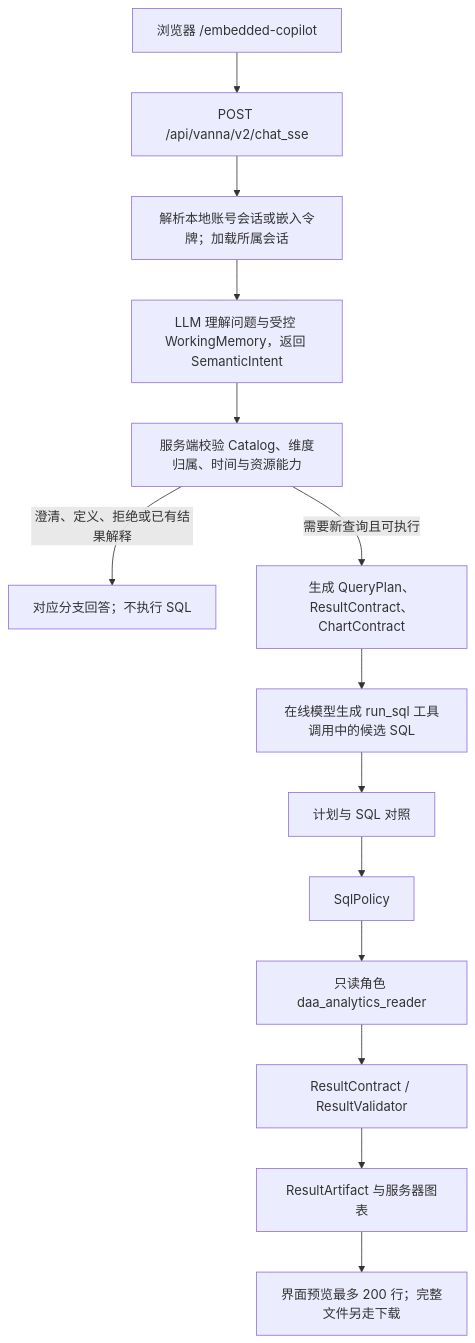
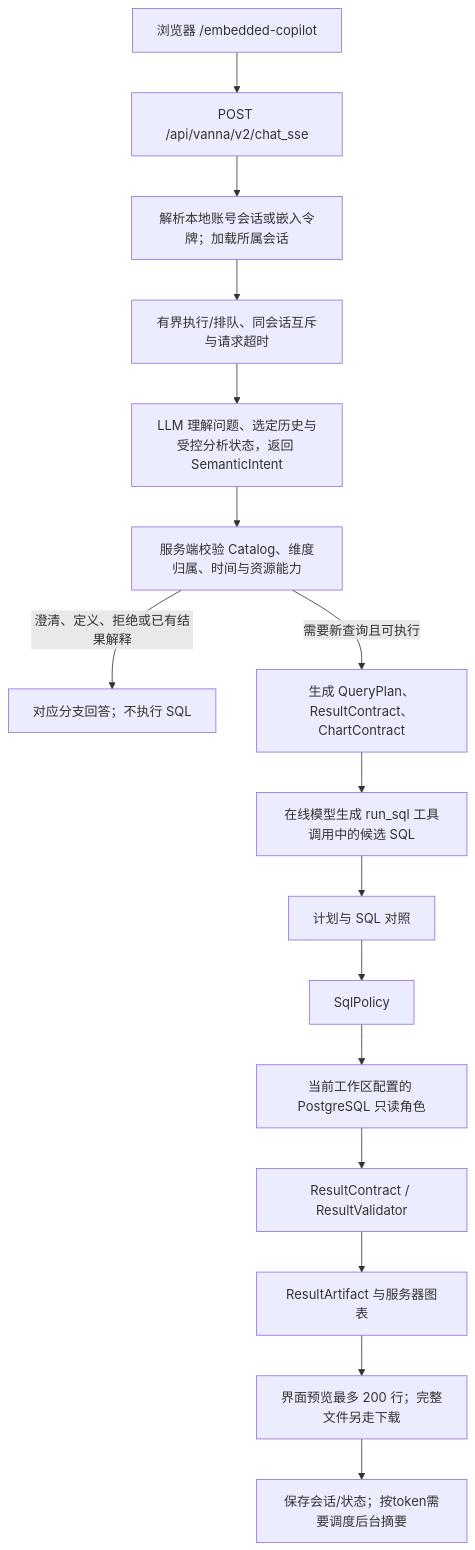
Before and after one commit to GengNSCUTer/data-analysis-agent: the diagram in docs/architecture/product-request-architecture-v1.md, drawn with Mermaid. The commit also changed other lines of this file and 19 other files, not shown here.

````diff
--- a/docs/architecture/product-request-architecture-v1.md
+++ b/docs/architecture/product-request-architecture-v1.md
@@ -8,16 +8,18 @@
 ```mermaid
 flowchart TD
   page["浏览器 /embedded-copilot"] --> chat["POST /api/vanna/v2/chat_sse"]
   chat --> auth["解析本地账号会话或嵌入令牌；加载所属会话"]
-  auth --> semantic["LLM 理解问题与受控 WorkingMemory，返回 SemanticIntent"]
+  auth --> capacity["有界执行/排队、同会话互斥与请求超时"]
+  capacity --> semantic["LLM 理解问题、选定历史与受控分析状态，返回 SemanticIntent"]
   semantic --> validate["服务端校验 Catalog、维度归属、时间与资源能力"]
   validate -->|澄清、定义、拒绝或已有结果解释| direct["对应分支回答；不执行 SQL"]
   validate -->|需要新查询且可执行| plan["生成 QueryPlan、ResultContract、ChartContract"]
   plan --> llm["在线模型生成 run_sql 工具调用中的候选 SQL"]
   llm --> guard["计划与 SQL 对照"]
   guard --> policy["SqlPolicy"]
-  policy --> reader["只读角色 daa_analytics_reader"]
+  policy --> reader["当前工作区配置的 PostgreSQL 只读角色"]
   reader --> validator["ResultContract / ResultValidator"]
   validator --> artifact["ResultArtifact 与服务器图表"]
   artifact --> ui["界面预览最多 200 行；完整文件另走下载"]
+  ui --> save["保存会话/状态；按token需要调度后台摘要"]
 ```
````
